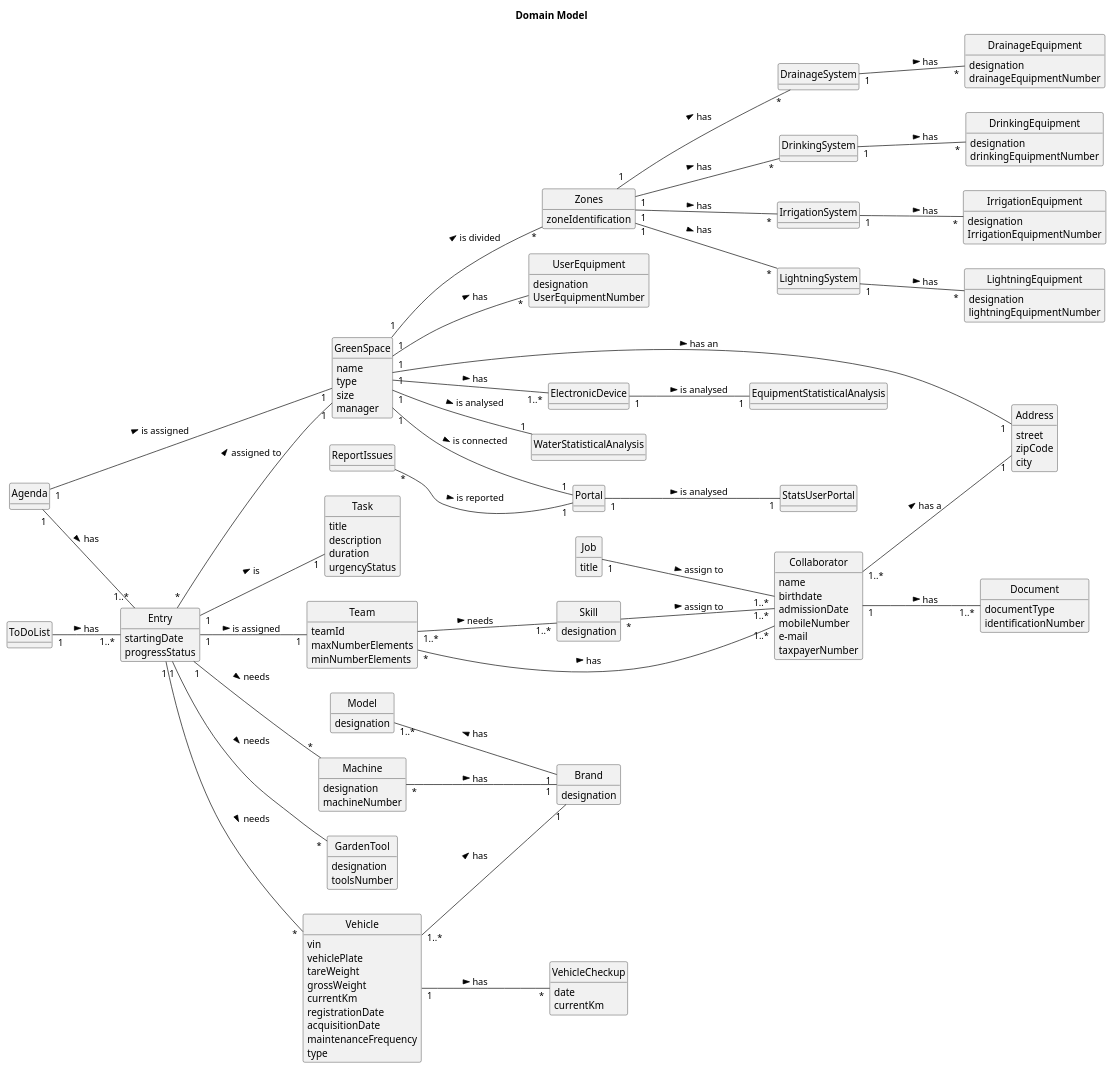
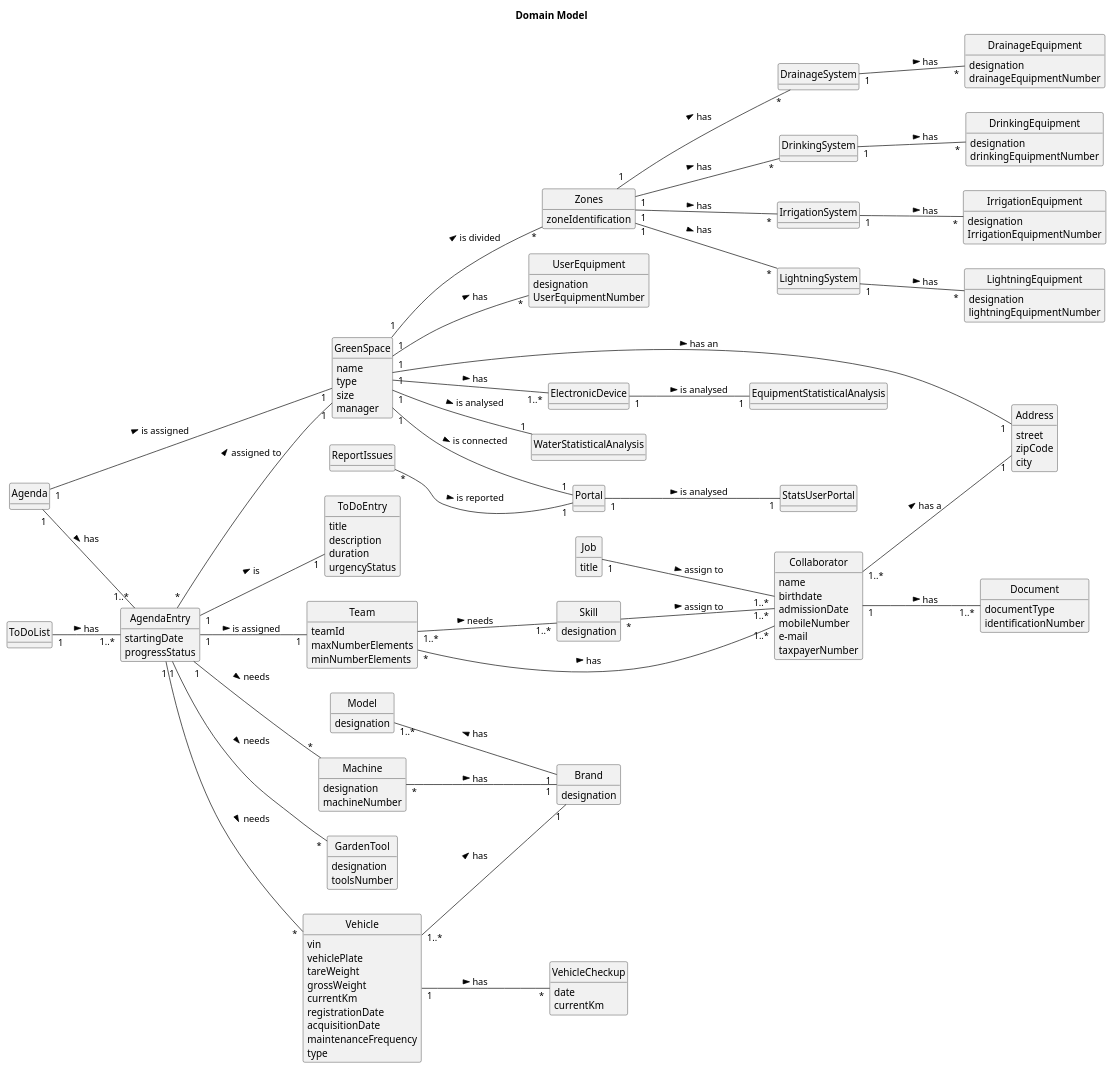
The diagram in docs/sprintC/global-artifacts/02.analysis/puml/project-domain-model.puml (ricardomm7/leaflink), drawn with PlantUML before and after one commit. The commit also changed 20 other files, not shown here.

```diff
--- a/docs/sprintC/global-artifacts/02.analysis/puml/project-domain-model.puml
+++ b/docs/sprintC/global-artifacts/02.analysis/puml/project-domain-model.puml
@@ -17,7 +17,7 @@
     title
 }
 
-class Entry {
+class AgendaEntry {
     startingDate
     progressStatus
 }
@@ -95,7 +95,7 @@
 
 }
 
-class Task {
+class ToDoEntry {
     title
     description
     duration
@@ -211,17 +211,17 @@
 
 ReportIssues "*" -- "1" Portal: is reported >
 
-Entry "1" -- "*" Vehicle : needs >
+AgendaEntry "1" -- "*" Vehicle : needs >
 
-Entry "1" --"*" Machine: needs >
+AgendaEntry "1" --"*" Machine: needs >
 
 Machine "*" -- "1" Brand: has >
 
-Entry "1" -- "1" Team : is assigned >
+AgendaEntry "1" -- "1" Team : is assigned >
 
-Entry "1" -- "*" GardenTool : needs >
+AgendaEntry "1" -- "*" GardenTool : needs >
 
-Entry "*" -- "1" GreenSpace: assigned to >
+AgendaEntry "*" -- "1" GreenSpace: assigned to >
 
 GreenSpace "1" -- "1..*" ElectronicDevice: has >
 
@@ -231,11 +231,11 @@
 
 Portal "1" -- "1" StatsUserPortal : is analysed >
 
-ToDoList "1" -- "1..*" Entry : has >
+ToDoList "1" -- "1..*" AgendaEntry : has >
 
-Agenda "1" -- "1..*" Entry: has >
+Agenda "1" -- "1..*" AgendaEntry: has >
 
-Entry "1" -- "1" Task: is >
+AgendaEntry "1" -- "1" ToDoEntry: is >
 
 Agenda "1" -- "1" GreenSpace : is assigned >
 
```
